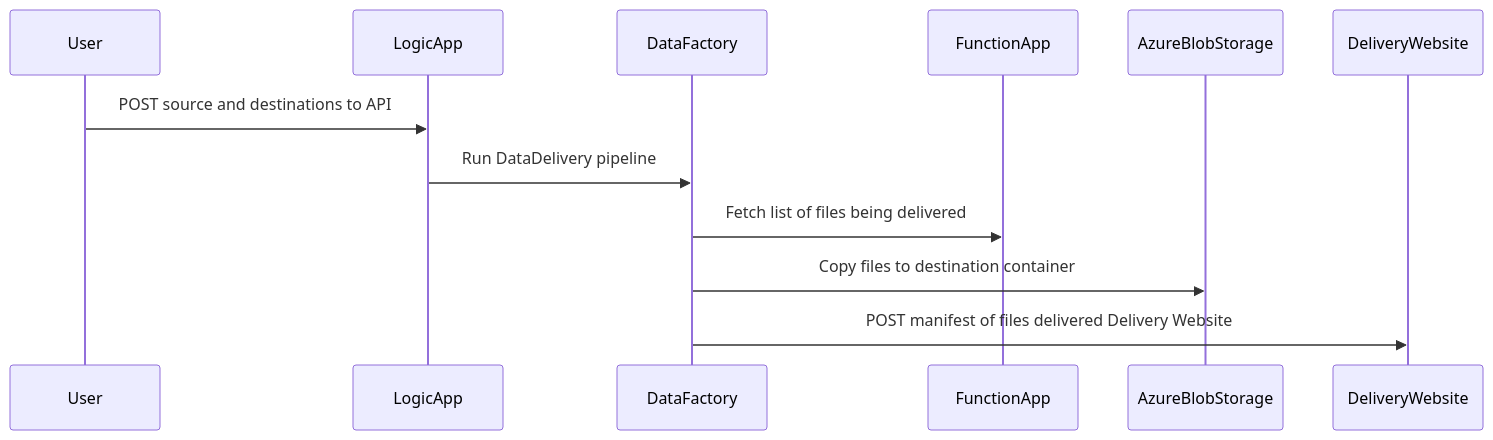
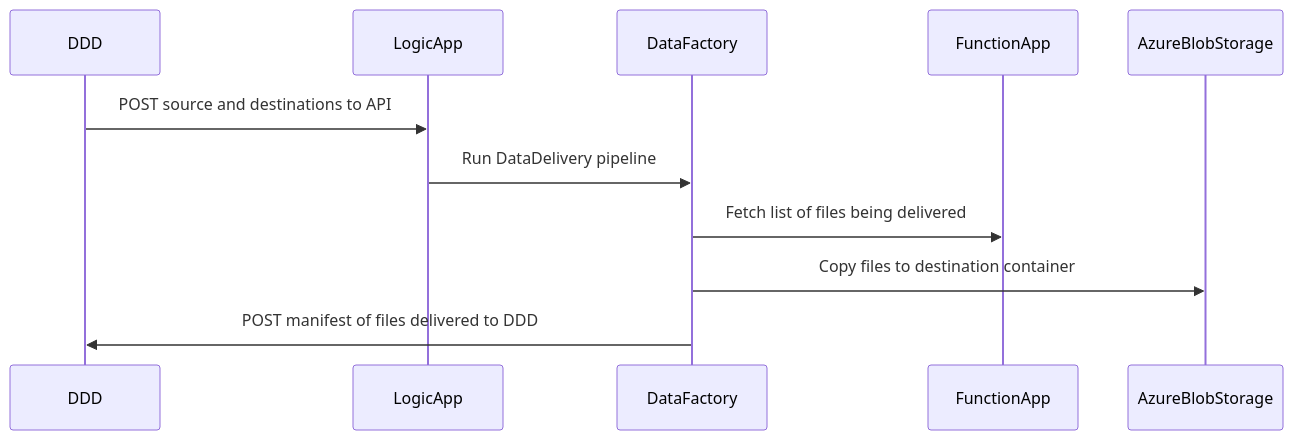
Before and after one commit to softcraftsman/DukeDataDeliveryPipeline: the diagram in README.md, drawn with Mermaid. The commit also changed other lines of this file, not shown here.

````diff
--- a/README.md
+++ b/README.md
@@ -4,15 +4,14 @@
 ```mermaid
 sequenceDiagram
-    participant User
+    participant DDD
     participant LogicApp
     participant DataFactory
     participant FunctionApp    
     participant AzureBlobStorage   
-    participant DeliveryWebsite
     
-    User->>LogicApp: POST source and destinations to API
+    DDD->>LogicApp: POST source and destinations to API
     LogicApp->>DataFactory: Run DataDelivery pipeline
     DataFactory->>FunctionApp: Fetch list of files being delivered
     DataFactory->>AzureBlobStorage: Copy files to destination container
-    DataFactory->>DeliveryWebsite: POST manifest of files delivered Delivery Website
+    DataFactory->>DDD: POST manifest of files delivered to DDD
 ```
````
